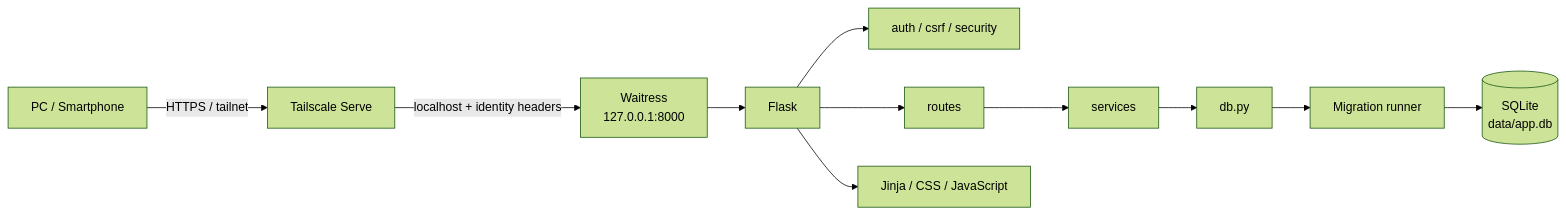
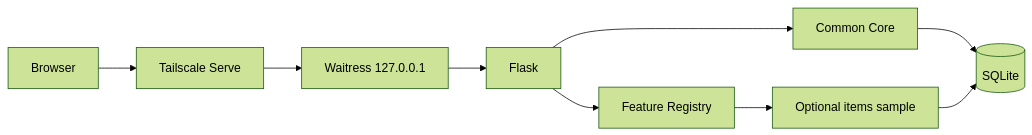
Before and after one commit to k-systems202208/python-sqlite-tailscale-webapp-template: the first of 8 diagrams in docs/ARCHITECTURE.md, drawn with Mermaid (forest theme). The commit also changed other lines of this file and 26 other files, not shown here.

````diff
--- a/docs/ARCHITECTURE.md
+++ b/docs/ARCHITECTURE.md
@@ -7,13 +11,11 @@
 ```mermaid
 flowchart LR
-    U["PC / Smartphone"] -->|"HTTPS / tailnet"| TS["Tailscale Serve"]
-    TS -->|"localhost + identity headers"| W["Waitress\n127.0.0.1:8000"]
+    U["Browser"] --> T["Tailscale Serve"]
+    T --> W["Waitress 127.0.0.1"]
     W --> F["Flask"]
-    F --> A["auth / csrf / security"]
-    F --> R["routes"]
-    R --> S["services"]
-    S --> DB["db.py"]
-    DB --> M["Migration runner"]
-    M --> Q[("SQLite\ndata/app.db")]
-    F --> UI["Jinja / CSS / JavaScript"]
+    F --> C["Common Core"]
+    F --> X["Feature Registry"]
+    X --> I["Optional items sample"]
+    C --> DB[("SQLite")]
+    I --> DB
 ```
````
